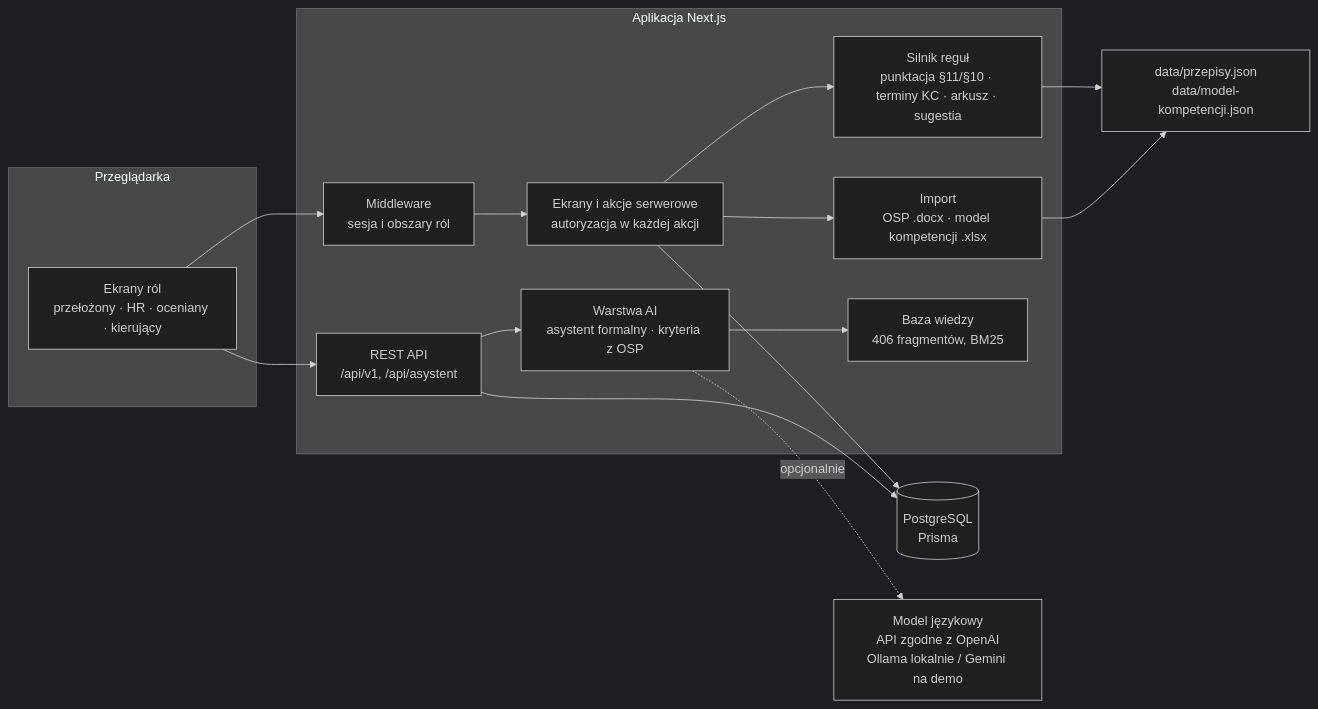
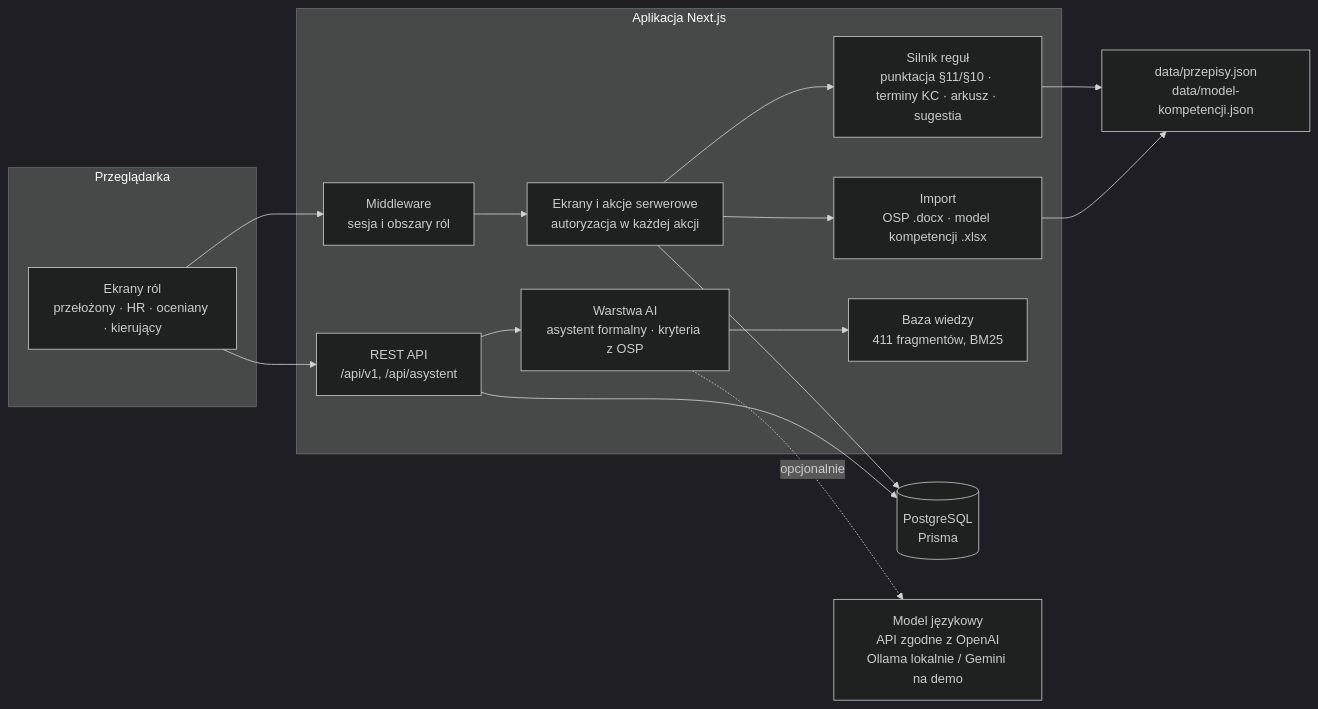
Before and after one commit to MoAI-PL/HACKNATION-26: the first of 2 diagrams in docs/ARCHITEKTURA.md, drawn with Mermaid (dark theme). The commit also changed other lines of this file and 6 other files, not shown here.

````diff
--- a/docs/ARCHITEKTURA.md
+++ b/docs/ARCHITEKTURA.md
@@ -7,30 +7,30 @@
 ```mermaid
 flowchart LR
   subgraph P[Przeglądarka]
     UI["Ekrany ról<br/>przełożony · HR · oceniany · kierujący"]
   end
   subgraph A[Aplikacja Next.js]
     MW["Middleware<br/>sesja i obszary ról"]
     SC["Ekrany i akcje serwerowe<br/>autoryzacja w każdej akcji"]
     API["REST API<br/>/api/v1, /api/asystent"]
     RULES["Silnik reguł<br/>punktacja §11/§10 · terminy KC · arkusz · sugestia"]
     IMP["Import<br/>OSP .docx · model kompetencji .xlsx"]
     AI["Warstwa AI<br/>asystent formalny · kryteria z OSP"]
-    RAG["Baza wiedzy<br/>406 fragmentów, BM25"]
+    RAG["Baza wiedzy<br/>411 fragmentów, BM25"]
   end
   DB[("PostgreSQL<br/>Prisma")]
   LLM["Model językowy<br/>API zgodne z OpenAI<br/>Ollama lokalnie / Gemini na demo"]
   CFG["data/przepisy.json<br/>data/model-kompetencji.json"]
 
   UI --> MW --> SC
   UI --> API
   SC --> RULES
   SC --> IMP
   SC --> DB
   API --> AI
   API --> DB
   AI --> RAG
   AI -.opcjonalnie.-> LLM
   RULES --> CFG
   IMP --> CFG
 ```
````
